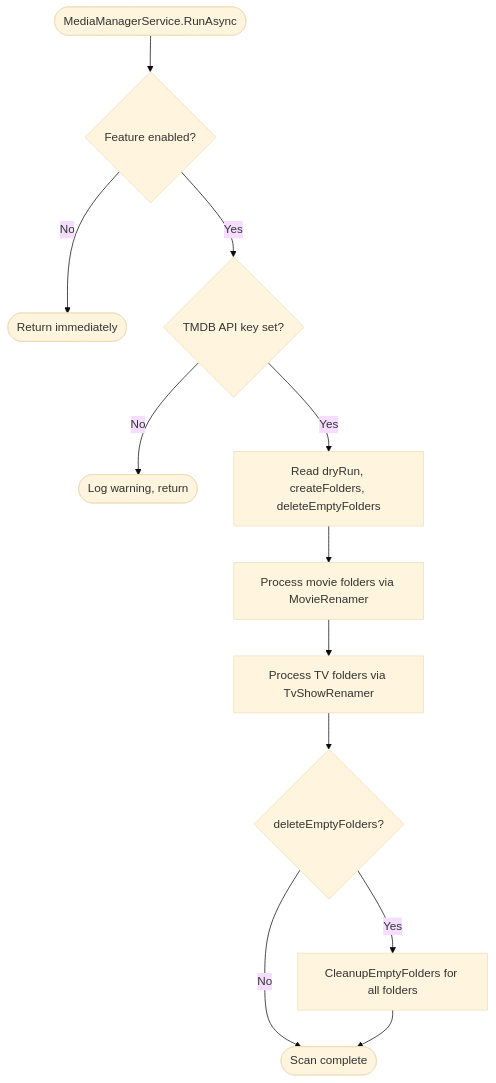
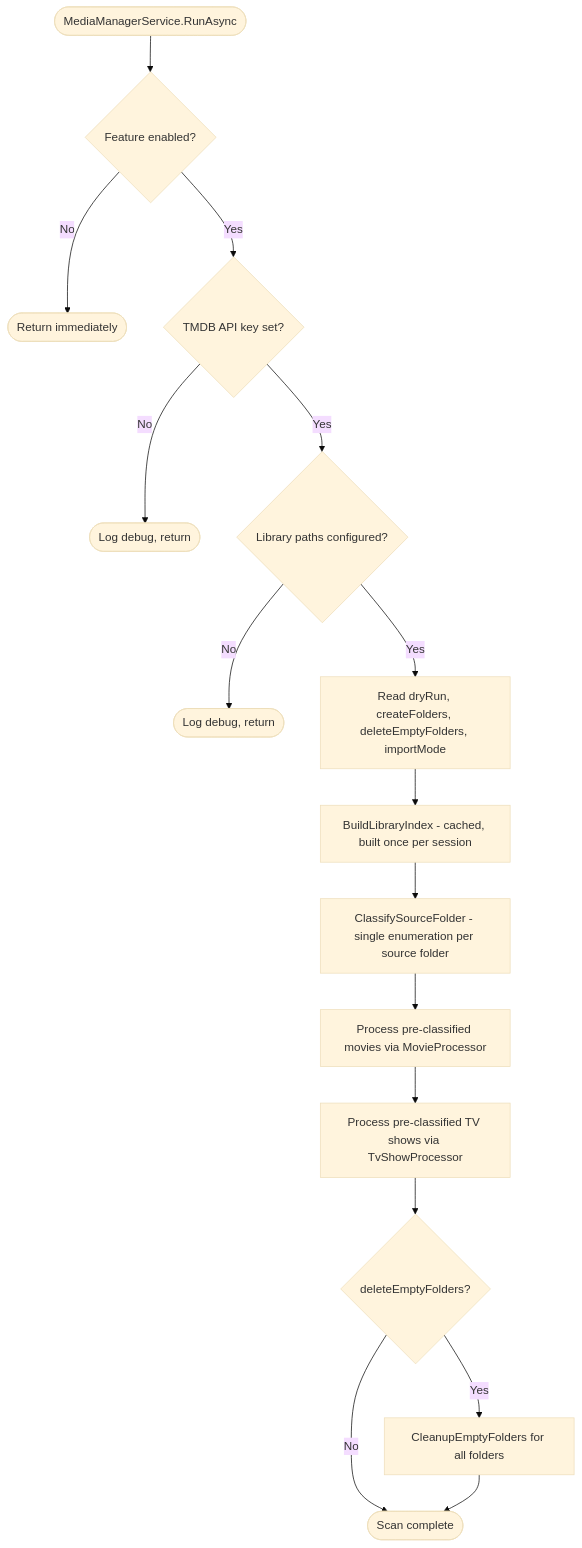
Before and after one commit to martsg666/qbPortWeaver: the diagram in docs/MEDIA-MANAGER.md, drawn with Mermaid (base theme). The commit also changed other lines of this file and 27 other files, not shown here.

````diff
--- a/docs/MEDIA-MANAGER.md
+++ b/docs/MEDIA-MANAGER.md
@@ -39,14 +45,18 @@
 ```mermaid
 flowchart TD
     START([MediaManagerService.RunAsync]) --> ENABLED{Feature enabled?}
     ENABLED -- No --> SKIP([Return immediately])
     ENABLED -- Yes --> KEY{TMDB API key set?}
-    KEY -- No --> WARN([Log warning, return])
-    KEY -- Yes --> CONFIG[Read dryRun, createFolders, deleteEmptyFolders]
-    CONFIG --> MOVIES[Process movie folders via MovieRenamer]
-    MOVIES --> TV[Process TV folders via TvShowRenamer]
+    KEY -- No --> SKIP2([Log debug, return])
+    KEY -- Yes --> LIBS{Library paths configured?}
+    LIBS -- No --> SKIP3([Log debug, return])
+    LIBS -- Yes --> CONFIG[Read dryRun, createFolders, deleteEmptyFolders, importMode]
+    CONFIG --> INDEX[BuildLibraryIndex - cached, built once per session]
+    INDEX --> CLASSIFY[ClassifySourceFolder - single enumeration per source folder]
+    CLASSIFY --> MOVIES[Process pre-classified movies via MovieProcessor]
+    MOVIES --> TV[Process pre-classified TV shows via TvShowProcessor]
     TV --> CLEANUP{deleteEmptyFolders?}
     CLEANUP -- Yes --> DELETE[CleanupEmptyFolders for all folders]
     CLEANUP -- No --> DONE
     DELETE --> DONE([Scan complete])
 ```
````
